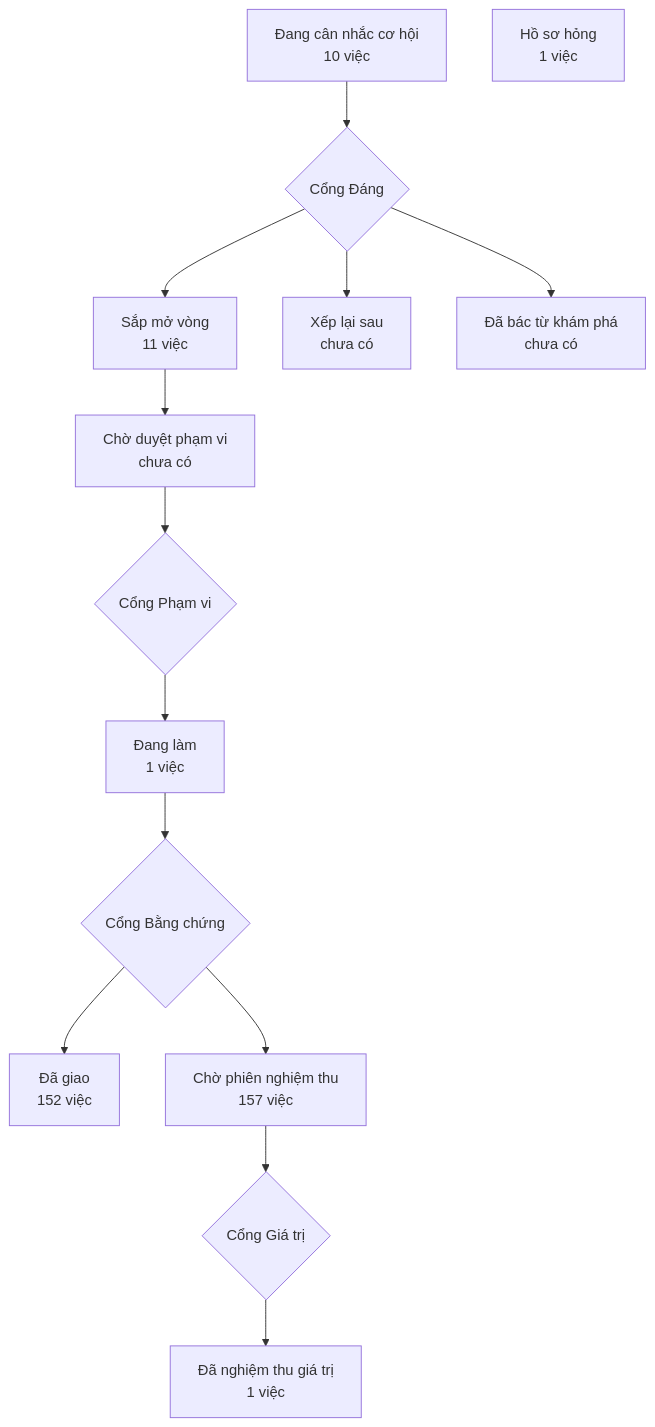
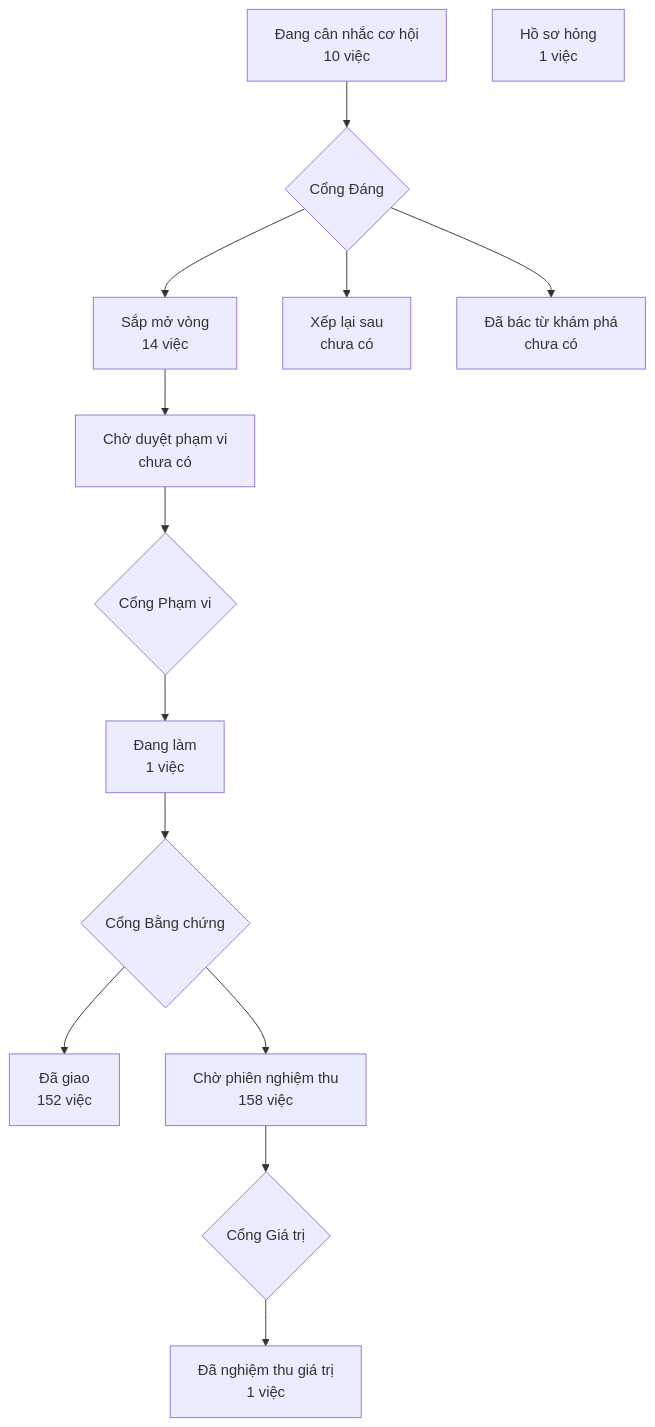
The diagram in PRODUCT-MAP.md (phanlemanh/crm-onehub), drawn with Mermaid before and after one commit. The commit also changed other lines of this file and 5 other files, not shown here.

````diff
--- a/PRODUCT-MAP.md
+++ b/PRODUCT-MAP.md
@@ -7,13 +7,13 @@
 ```mermaid
 flowchart TD
   A["Đang cân nhắc cơ hội<br/>10 việc"] --> GD{"Cổng Đáng"}
-  GD --> B["Sắp mở vòng<br/>11 việc"]
+  GD --> B["Sắp mở vòng<br/>14 việc"]
   GD --> XL["Xếp lại sau<br/>chưa có"]
   GD --> DB["Đã bác từ khám phá<br/>chưa có"]
   B --> CD["Chờ duyệt phạm vi<br/>chưa có"] --> GP{"Cổng Phạm vi"}
   GP --> DL["Đang làm<br/>1 việc"] --> GB{"Cổng Bằng chứng"}
   GB --> DG["Đã giao<br/>152 việc"]
-  GB --> CN["Chờ phiên nghiệm thu<br/>157 việc"] --> GG{"Cổng Giá trị"}
+  GB --> CN["Chờ phiên nghiệm thu<br/>158 việc"] --> GG{"Cổng Giá trị"}
   GG --> NT["Đã nghiệm thu giá trị<br/>1 việc"]
   HS["Hồ sơ hỏng<br/>1 việc"]
 ```
````
